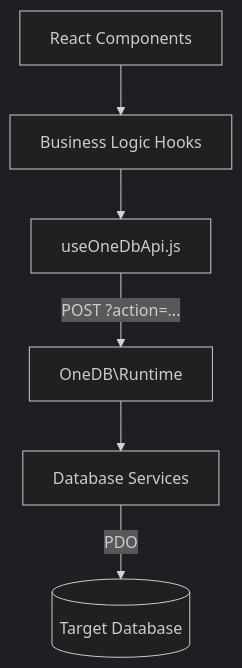
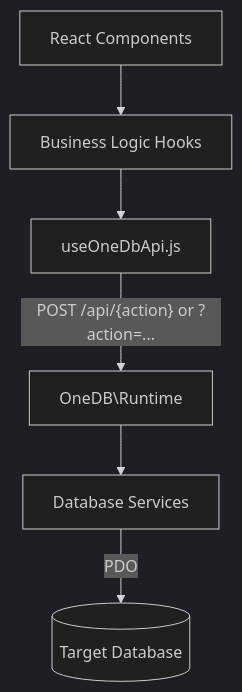
One commit to Netsper/OneDB changed the diagram in ai/SYSTEM_MAP.md. Above: the diagram before and after it, drawn with Mermaid (dark theme). The commit also changed other lines of this file and 11 other files, not shown here.

````diff
--- a/ai/SYSTEM_MAP.md
+++ b/ai/SYSTEM_MAP.md
@@ -21,8 +21,8 @@
 ```mermaid
 graph TD
     UI[React Components] --> Hooks[Business Logic Hooks]
     Hooks --> API[useOneDbApi.js]
-    API -- "POST ?action=..." --> Runtime[OneDB\Runtime]
+    API -- "POST /api/{action} or ?action=..." --> Runtime[OneDB\Runtime]
     Runtime --> Services[Database Services]
     Services -- "PDO" --> DB[(Target Database)]
 ```
````
